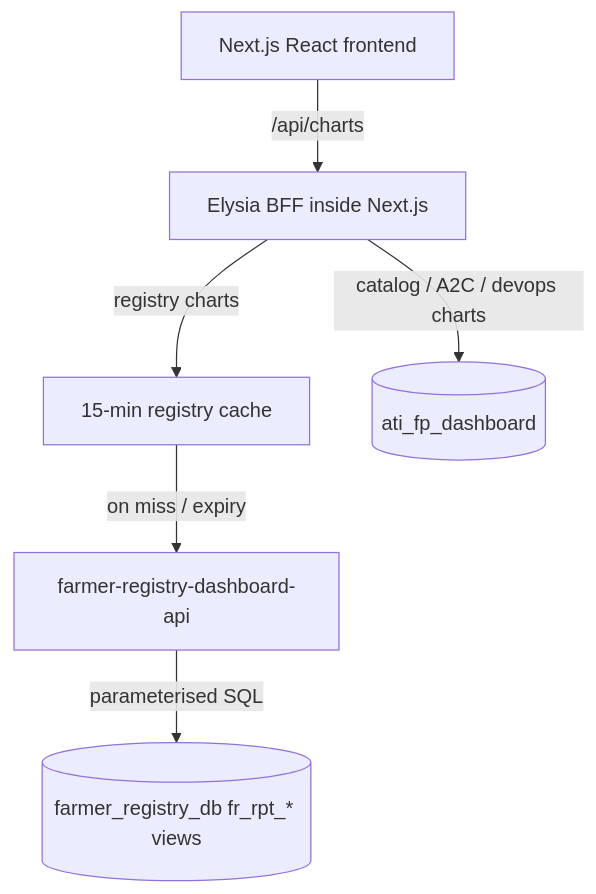
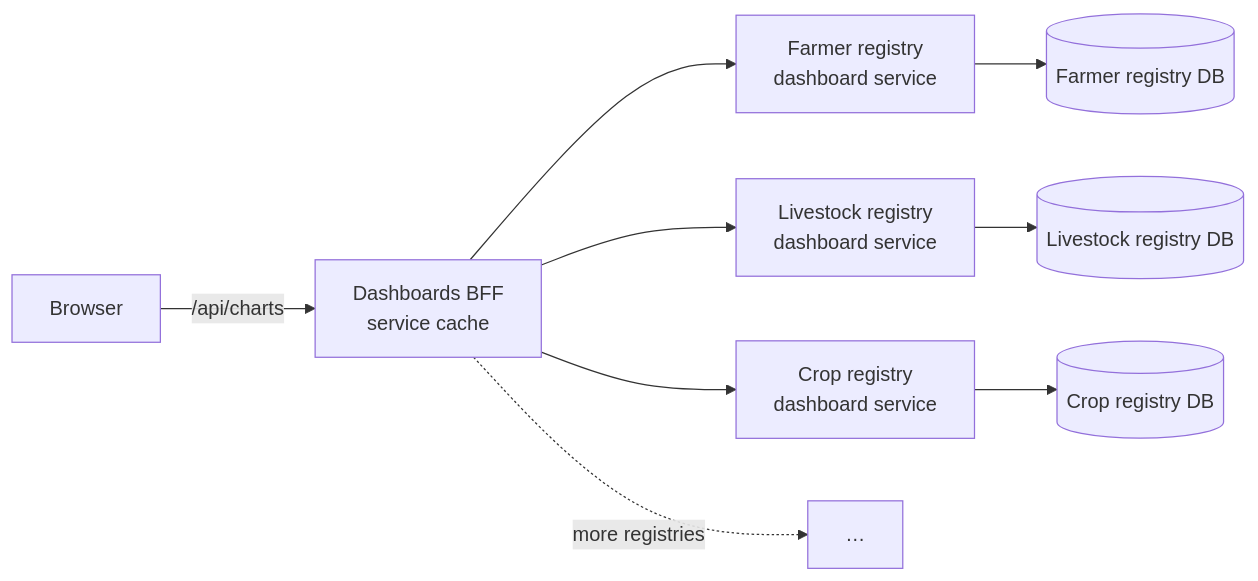
One commit to Centre-for-Open-Societal-Systems/oan_dashboards changed the diagram in README.md. Above: the diagram before and after it, drawn with Mermaid. The commit also changed other lines of this file and 9 other files, not shown here.

First line of the commit message:
docs: document the dashboard service architecture

````diff
--- a/README.md
+++ b/README.md
@@ -11,8 +22,11 @@
 ```mermaid
-flowchart TD
-    UI[Next.js React frontend] -->|/api/charts| BFF[Elysia BFF inside Next.js]
-    BFF -->|registry charts| Cache[15-min registry cache]
-    Cache -->|on miss / expiry| PythonAPI[farmer-registry-dashboard-api]
-    PythonAPI -->|parameterised SQL| PG[(farmer_registry_db fr_rpt_* views)]
-    BFF -->|catalog / A2C / devops charts| Local[(ati_fp_dashboard)]
+flowchart LR
+    Browser -->|/api/charts| BFF[Dashboards BFF<br/>service cache]
+    BFF --> FR[Farmer registry<br/>dashboard service]
+    BFF --> LR[Livestock registry<br/>dashboard service]
+    BFF --> CR[Crop registry<br/>dashboard service]
+    BFF -.->|more registries| X[…]
+    FR --> FRDB[(Farmer registry DB)]
+    LR --> LRDB[(Livestock registry DB)]
+    CR --> CRDB[(Crop registry DB)]
 ```
````
